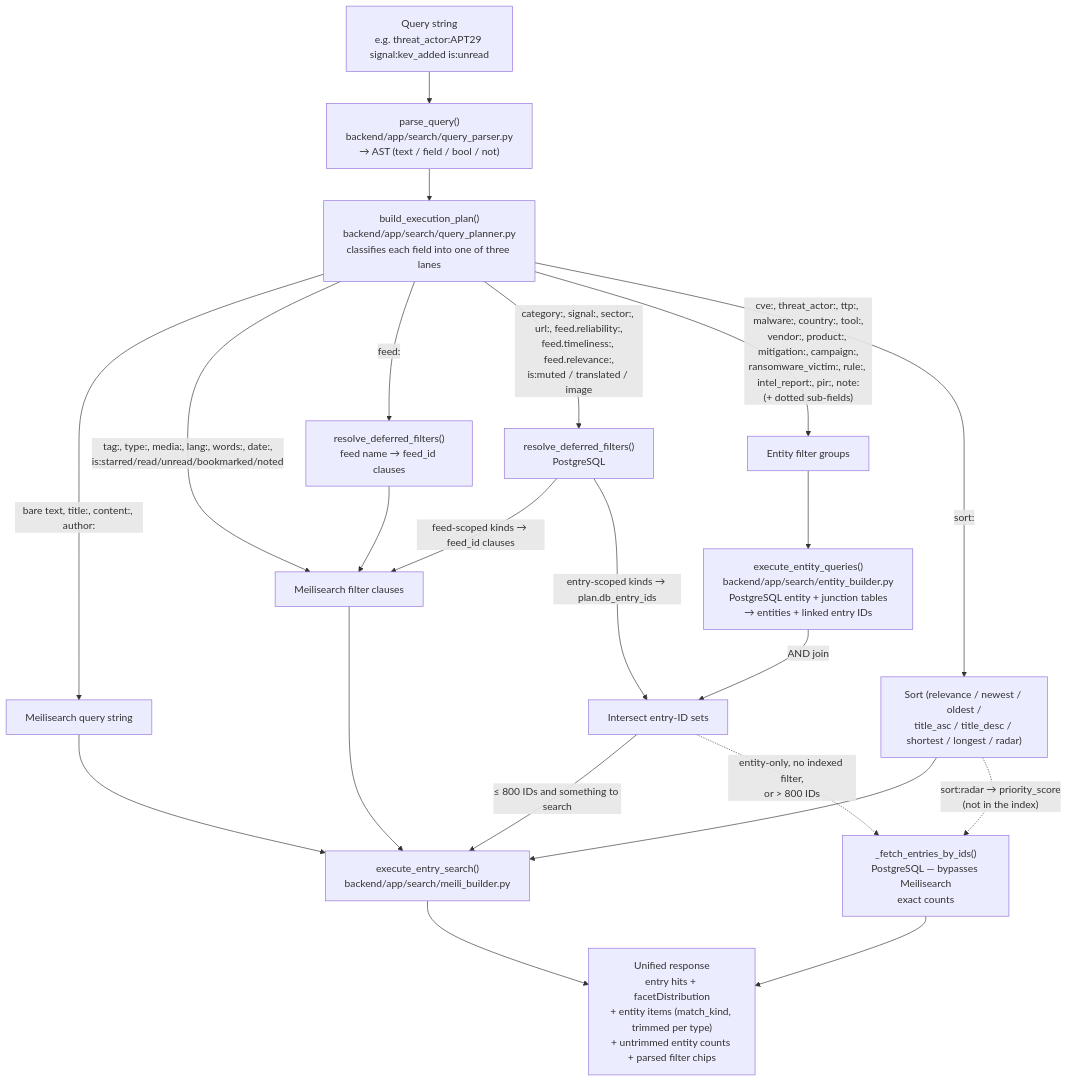
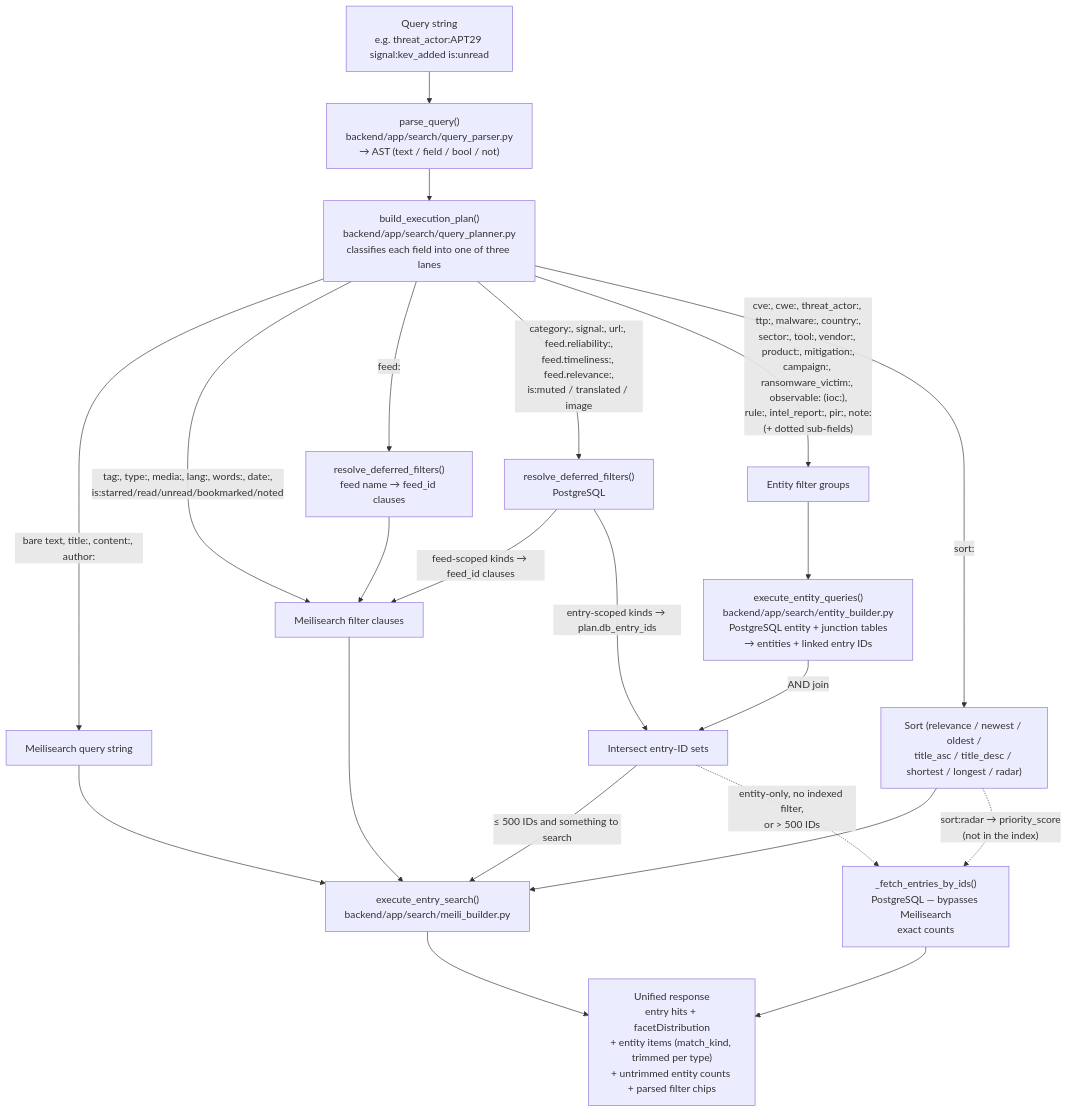
One commit to a-oneil/IntelFeed changed the diagram in docs/diagrams/query-language-routing.md. Above: the diagram before and after it, drawn with Mermaid. The commit also changed other lines of this file and 101 other files, not shown here.

````diff
--- a/docs/diagrams/query-language-routing.md
+++ b/docs/diagrams/query-language-routing.md
@@ -6,29 +6,29 @@
 ```mermaid
 flowchart TD
     Q["Query string<br/>e.g. threat_actor:APT29 signal:kev_added is:unread"] --> P["parse_query()<br/>backend/app/search/query_parser.py<br/>→ AST (text / field / bool / not)"]
     P --> PL["build_execution_plan()<br/>backend/app/search/query_planner.py<br/>classifies each field into one of three lanes"]
 
     PL -->|"bare text, title:, content:, author:"| MQ["Meilisearch query string"]
     PL -->|"tag:, type:, media:, lang:, words:, date:,<br/>is:starred/read/unread/bookmarked/noted"| MF["Meilisearch filter clauses"]
     PL -->|"feed:"| FR["resolve_deferred_filters()<br/>feed name → feed_id clauses"]
-    PL -->|"category:, signal:, sector:, url:, feed.reliability:,<br/>feed.timeliness:, feed.relevance:,<br/>is:muted / translated / image"| ER["resolve_deferred_filters()<br/>PostgreSQL"]
-    PL -->|"cve:, threat_actor:, ttp:, malware:, country:, tool:,<br/>vendor:, product:, mitigation:, campaign:,<br/>ransomware_victim:, rule:, intel_report:, pir:, note:<br/>(+ dotted sub-fields)"| EG["Entity filter groups"]
+    PL -->|"category:, signal:, url:, feed.reliability:,<br/>feed.timeliness:, feed.relevance:,<br/>is:muted / translated / image"| ER["resolve_deferred_filters()<br/>PostgreSQL"]
+    PL -->|"cve:, cwe:, threat_actor:, ttp:, malware:, country:,<br/>sector:, tool:, vendor:, product:, mitigation:,<br/>campaign:, ransomware_victim:, observable: (ioc:),<br/>rule:, intel_report:, pir:, note:<br/>(+ dotted sub-fields)"| EG["Entity filter groups"]
     PL -->|"sort:"| S["Sort (relevance / newest / oldest /<br/>title_asc / title_desc / shortest / longest / radar)"]
 
     FR --> MF
     ER -->|"feed-scoped kinds → feed_id clauses"| MF
     ER -->|"entry-scoped kinds → plan.db_entry_ids"| IX["Intersect entry-ID sets"]
     EG --> PG["execute_entity_queries()<br/>backend/app/search/entity_builder.py<br/>PostgreSQL entity + junction tables<br/>→ entities + linked entry IDs"]
     PG -->|"AND join"| IX
 
     MQ --> MS["execute_entry_search()<br/>backend/app/search/meili_builder.py"]
     MF --> MS
     S --> MS
-    IX -->|"≤ 800 IDs and something to search"| MS
+    IX -->|"≤ 500 IDs and something to search"| MS
 
-    IX -.->|"entity-only, no indexed filter,<br/>or > 800 IDs"| PGF["_fetch_entries_by_ids()<br/>PostgreSQL — bypasses Meilisearch<br/>exact counts"]
+    IX -.->|"entity-only, no indexed filter,<br/>or > 500 IDs"| PGF["_fetch_entries_by_ids()<br/>PostgreSQL — bypasses Meilisearch<br/>exact counts"]
     S -.->|"sort:radar → priority_score<br/>(not in the index)"| PGF
 
     MS --> R["Unified response<br/>entry hits + facetDistribution<br/>+ entity items (match_kind, trimmed per type)<br/>+ untrimmed entity counts + parsed filter chips"]
     PGF --> R
 ```
````
